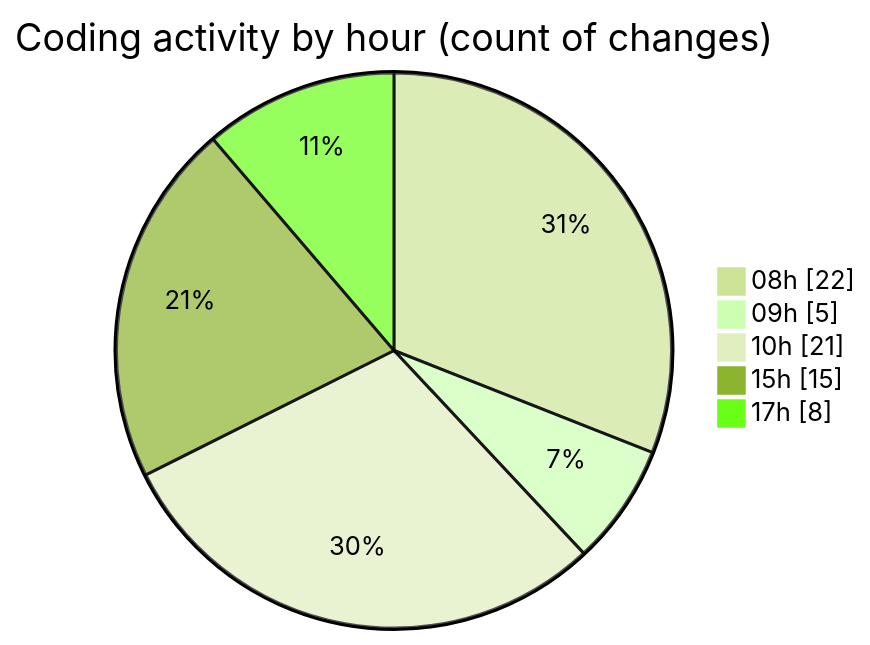
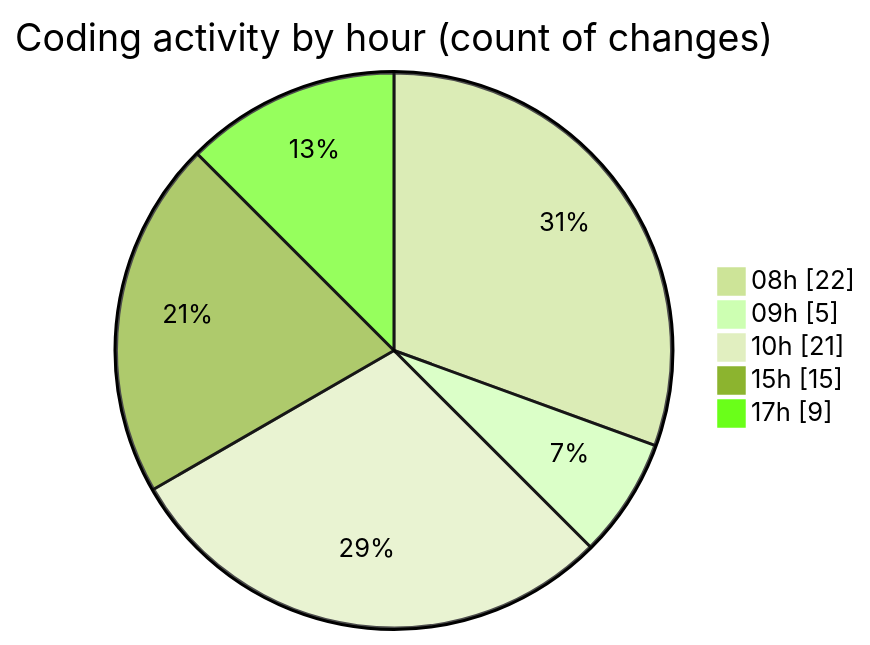
Before and after one commit to robertbonfada/code-tracking: the second of 2 diagrams in 2025-02-17/mbc-web/README.md, drawn with Mermaid (forest theme). The commit also changed other lines of this file and 1 other file, not shown here.

````diff
--- a/2025-02-17/mbc-web/README.md
+++ b/2025-02-17/mbc-web/README.md
@@ -42,9 +42,9 @@
 ```mermaid
 pie showData
 title Coding activity by hour (count of changes)
 "08h" : 22
 "09h" : 5
 "10h" : 21
 "15h" : 15
-"17h" : 8
+"17h" : 9
 ```
````
